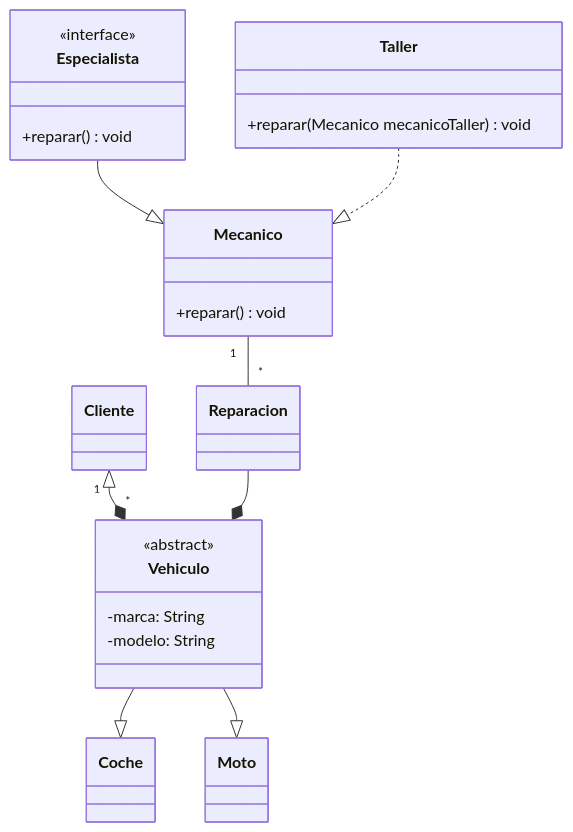
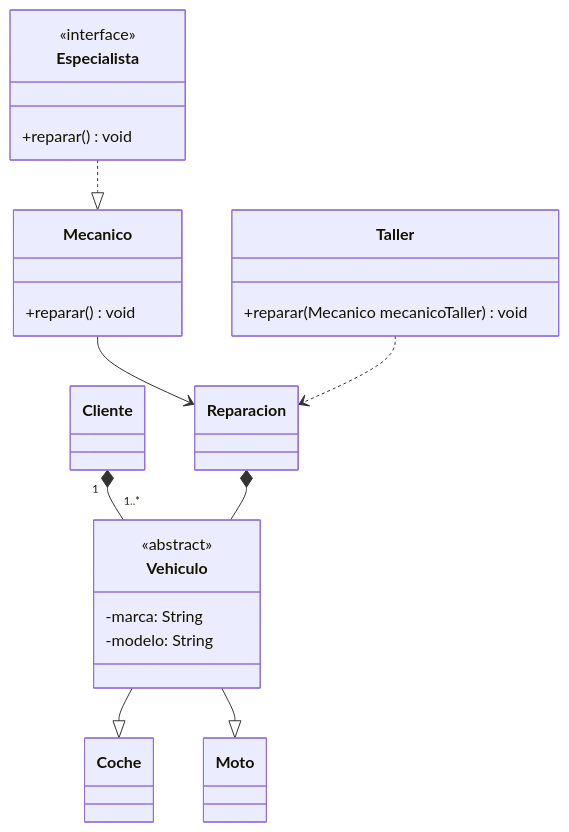
One commit to antondm11/6.3.ActividadTaller changed the diagram in DESIGN.md. Above: the diagram before and after it, drawn with Mermaid.

Commit message:
Actualizar UML README.md

````diff
--- a/DESIGN.md
+++ b/DESIGN.md
@@ -4,46 +4,45 @@
 ```mermaid
 
 classDiagram
 direction TB
     class Vehiculo {
 	    -marca: String
 	    -modelo: String
     }
 
     class Coche {
     }
 
     class Moto {
     }
 
     class Cliente {
     }
 
     class Reparacion {
     }
 
     class Mecanico {
 	    +reparar() void
     }
 
     class Taller {
 	    +reparar(Mecanico mecanicoTaller) void
     }
 
     class Especialista {
 	    +reparar() void
     }
 
 	<<abstract>> Vehiculo
 	<<interface>> Especialista
 
-    Cliente "1" <|--* "*" Vehiculo
-    Reparacion --* Vehiculo
-    Especialista --|> Mecanico
-    Taller ..|> Mecanico
-    Mecanico "1" -- "*" Reparacion
+    Cliente "1" *-- "1..*" Vehiculo
+    Reparacion *-- Vehiculo
+    Especialista ..|> Mecanico
+    Mecanico --> Reparacion
     Vehiculo --|> Coche
     Vehiculo --|> Moto
-
+    Taller ..> Reparacion
 
 ```
````
